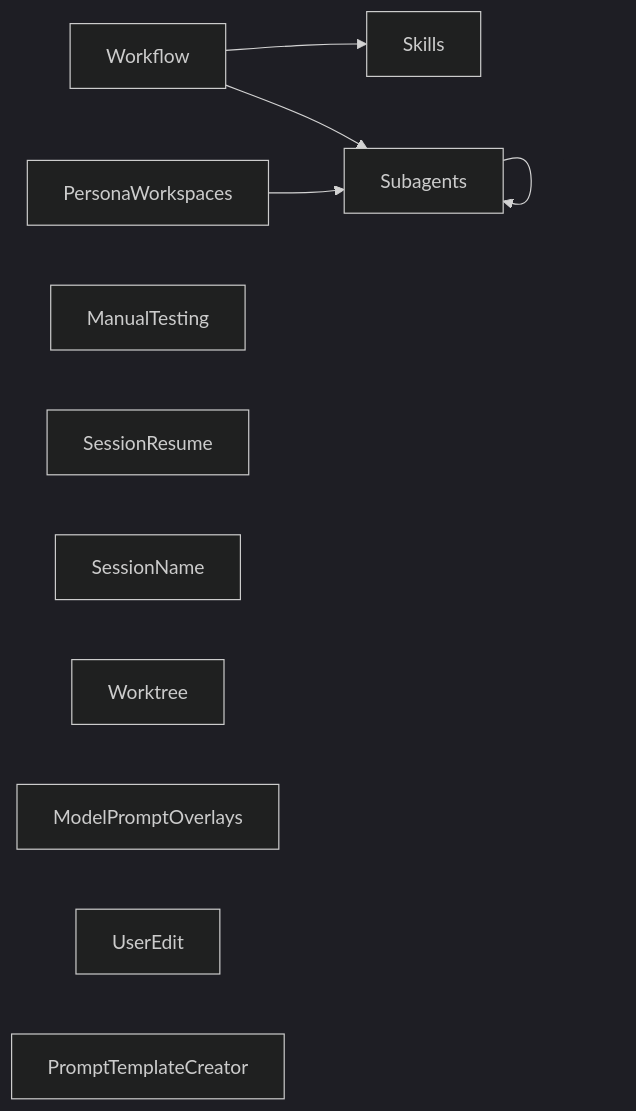
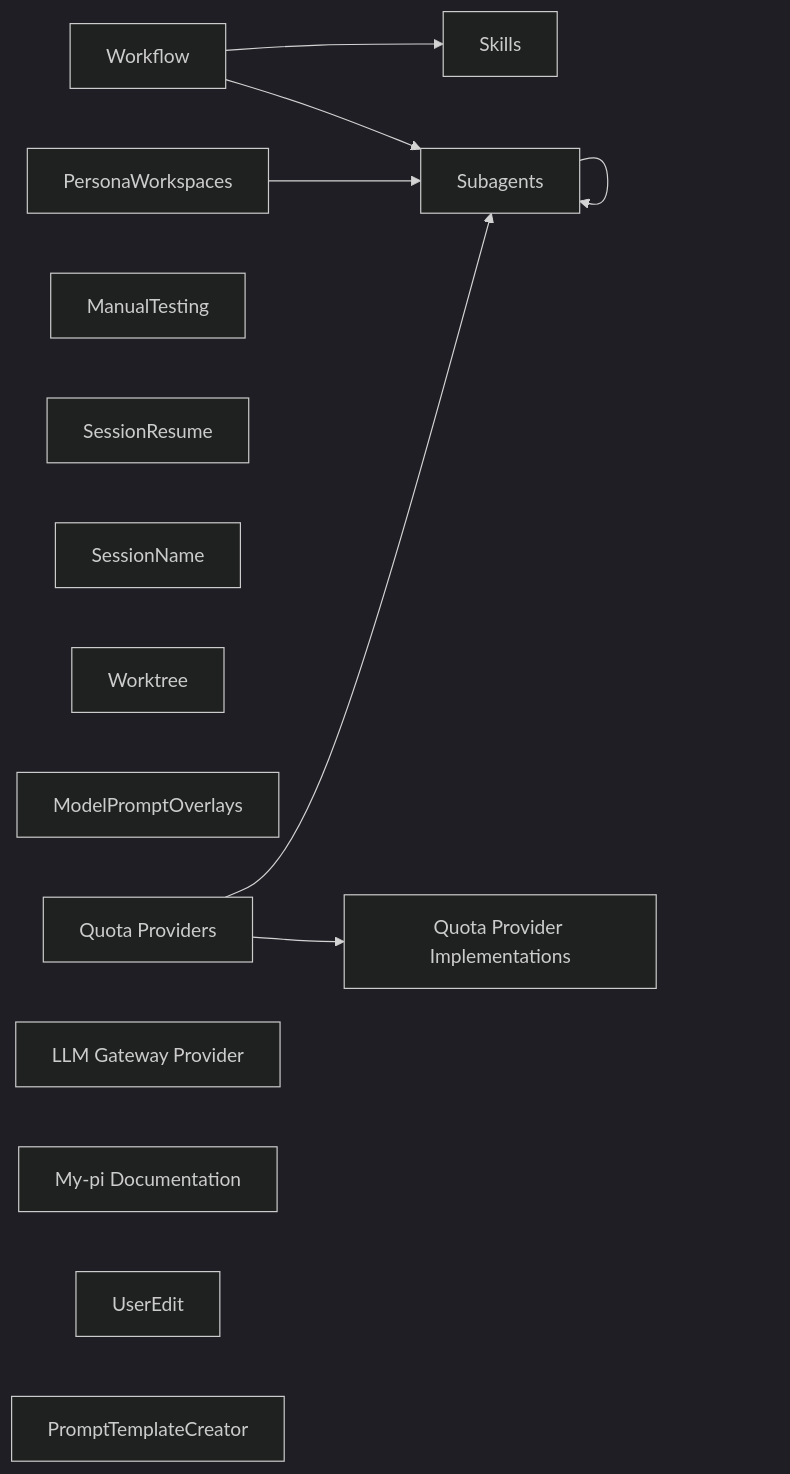
The first of 2 diagrams in codemap.md (alennartz/my-pi), drawn with Mermaid (dark theme) before and after one commit. The commit also changed other lines of this file, not shown here.

````diff
--- a/codemap.md
+++ b/codemap.md
@@ -7,14 +7,18 @@
 ```mermaid
 graph LR
   Workflow --> Skills
   Workflow --> Subagents
   Subagents --> Subagents
   PersonaWorkspaces --> Subagents
   ManualTesting
   SessionResume
   SessionName
   Worktree
   ModelPromptOverlays
+  QuotaProviders["Quota Providers"] --> Subagents
+  QuotaProviders --> QuotaProviderImplementations["Quota Provider Implementations"]
+  LLMGatewayProvider["LLM Gateway Provider"]
+  MyPiDocumentation["My-pi Documentation"]
   UserEdit
   PromptTemplateCreator
 ```
````
